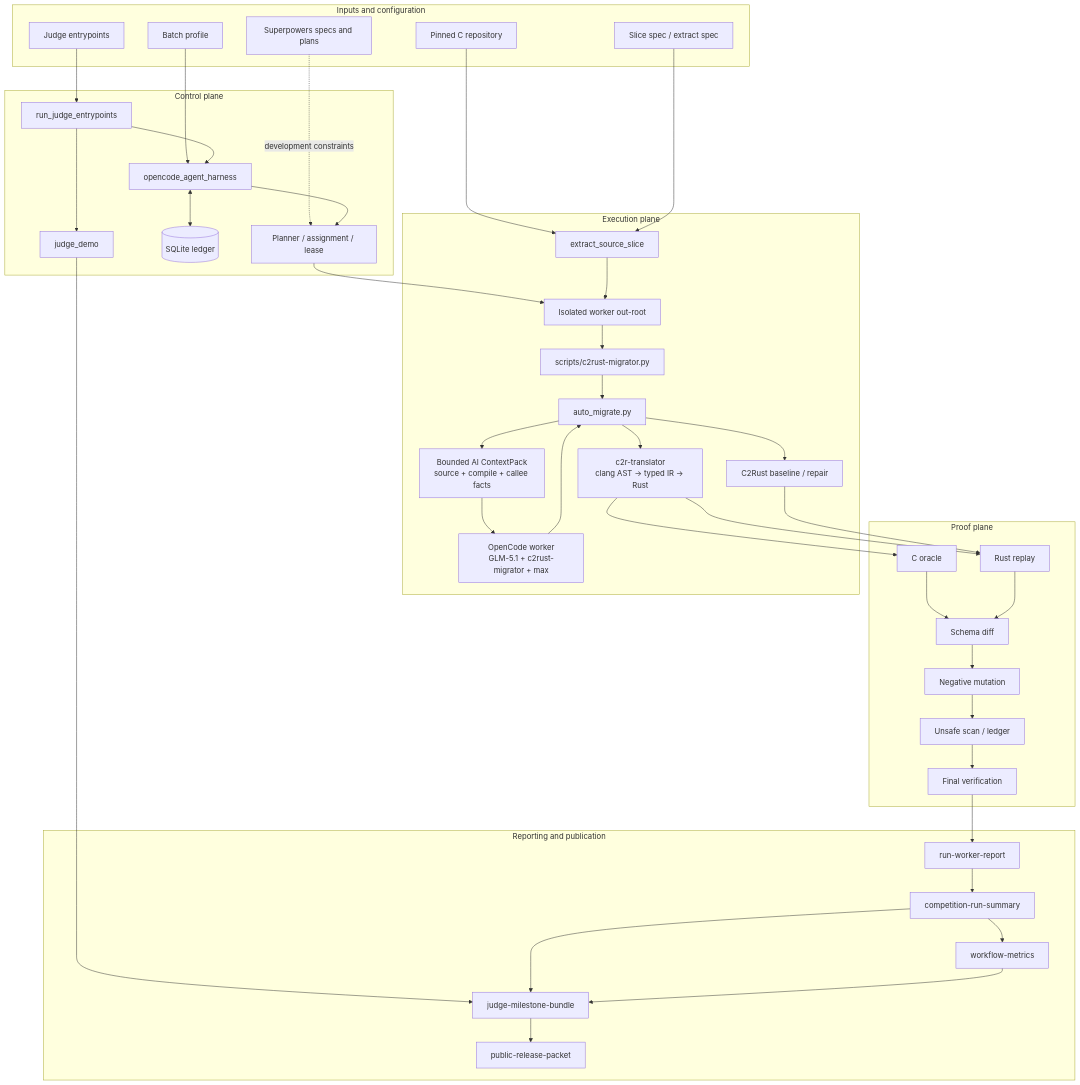
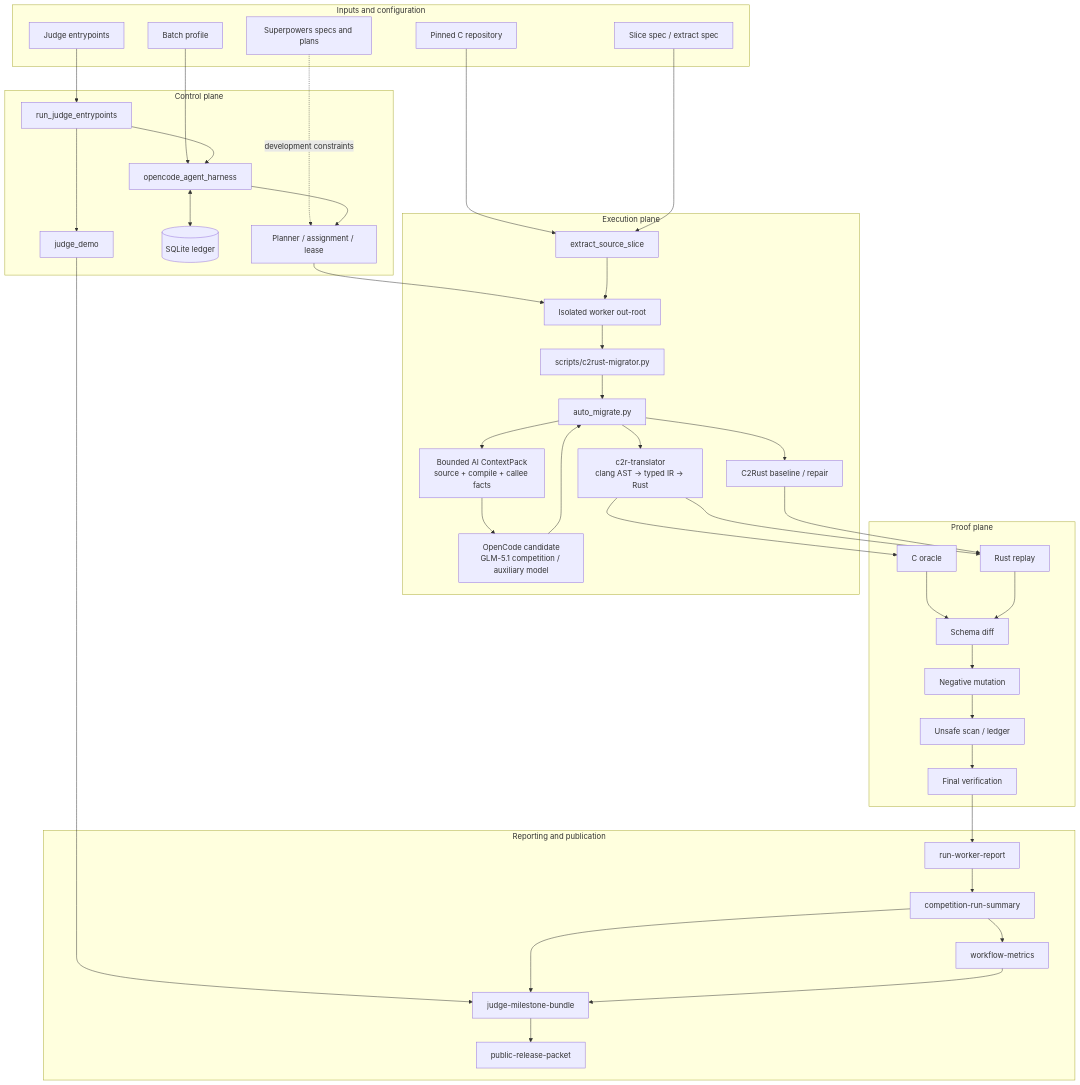
The first of 3 diagrams in README.en.md (guoqihan342-svg/c-to-rust), drawn with Mermaid before and after one commit. The commit also changed other lines of this file and 37 other files, not shown here.

Commit message:
feat: harden auxiliary model validation

````diff
--- a/README.en.md
+++ b/README.en.md
@@ -53,80 +55,80 @@
 ```mermaid
 flowchart TB
     subgraph Inputs["Inputs and configuration"]
         SRC["Pinned C repository"]
         SPEC["Slice spec / extract spec"]
         PROFILE["Batch profile"]
         JCFG["Judge entrypoints"]
         SP["Superpowers specs and plans"]
     end
 
     subgraph Control["Control plane"]
         JUDGE["run_judge_entrypoints"]
         DEMO["judge_demo"]
         HARNESS["opencode_agent_harness"]
         LEDGER[("SQLite ledger")]
         PLAN["Planner / assignment / lease"]
     end
 
     subgraph Execution["Execution plane"]
         EXTRACT["extract_source_slice"]
         WORKER["Isolated worker out-root"]
         MIGRATOR["scripts/c2rust-migrator.py"]
         AUTO["auto_migrate.py"]
         CONTEXT["Bounded AI ContextPack\nsource + compile + callee facts"]
         TRANSLATOR["c2r-translator\nclang AST -> typed IR -> Rust"]
         C2RUST["C2Rust baseline / repair"]
-        OPENCODE["OpenCode worker\nGLM-5.1 + c2rust-migrator + max"]
+        OPENCODE["OpenCode candidate\nGLM-5.1 competition / auxiliary model"]
     end
 
     subgraph Proof["Proof plane"]
         ORACLE["C oracle"]
         REPLAY["Rust replay"]
         DIFF["Schema diff"]
         NEG["Negative mutation"]
         UNSAFE["Unsafe scan / ledger"]
         VERIFY["Final verification"]
     end
 
     subgraph Reports["Reporting and publication"]
         WREPORT["run-worker-report"]
         SUMMARY["competition-run-summary"]
         METRICS["workflow-metrics"]
         BUNDLE["judge-milestone-bundle"]
         PACKET["public-release-packet"]
     end
 
     SP -. "development constraints" .-> PLAN
     SRC --> EXTRACT
     SPEC --> EXTRACT
     PROFILE --> HARNESS
     JCFG --> JUDGE
     JUDGE --> DEMO
     JUDGE --> HARNESS
     HARNESS <--> LEDGER
     HARNESS --> PLAN
     PLAN --> WORKER
     EXTRACT --> WORKER
     WORKER --> MIGRATOR
     MIGRATOR --> AUTO
     AUTO --> TRANSLATOR
     AUTO --> C2RUST
     AUTO --> CONTEXT
     CONTEXT --> OPENCODE
     OPENCODE --> AUTO
     TRANSLATOR --> ORACLE
     TRANSLATOR --> REPLAY
     C2RUST --> REPLAY
     ORACLE --> DIFF
     REPLAY --> DIFF
     DIFF --> NEG
     NEG --> UNSAFE
     UNSAFE --> VERIFY
     VERIFY --> WREPORT
     WREPORT --> SUMMARY
     SUMMARY --> METRICS
     DEMO --> BUNDLE
     SUMMARY --> BUNDLE
     METRICS --> BUNDLE
     BUNDLE --> PACKET
 ```
````
